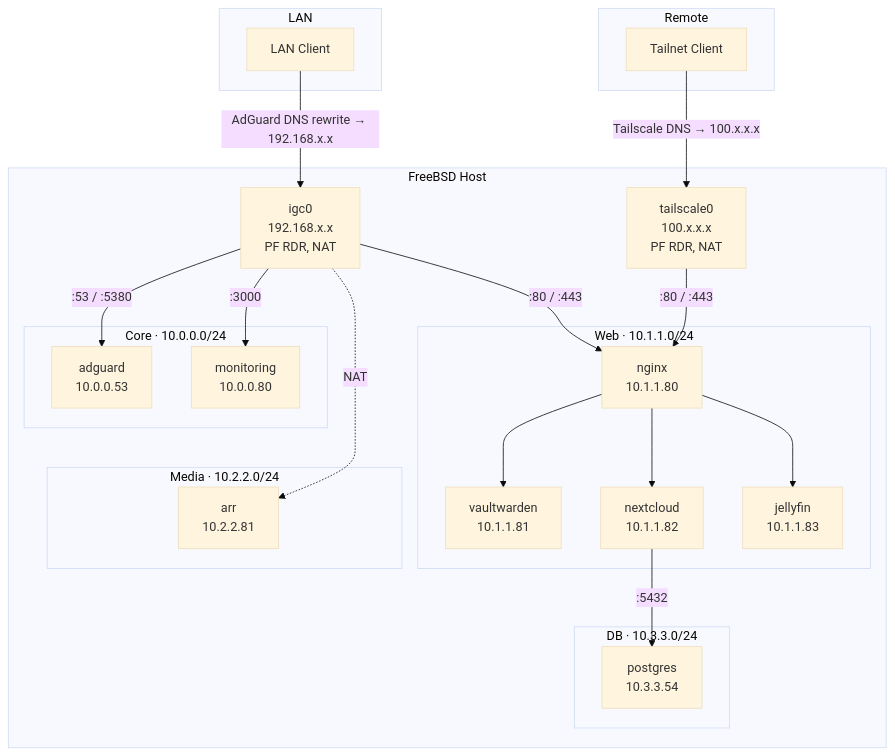
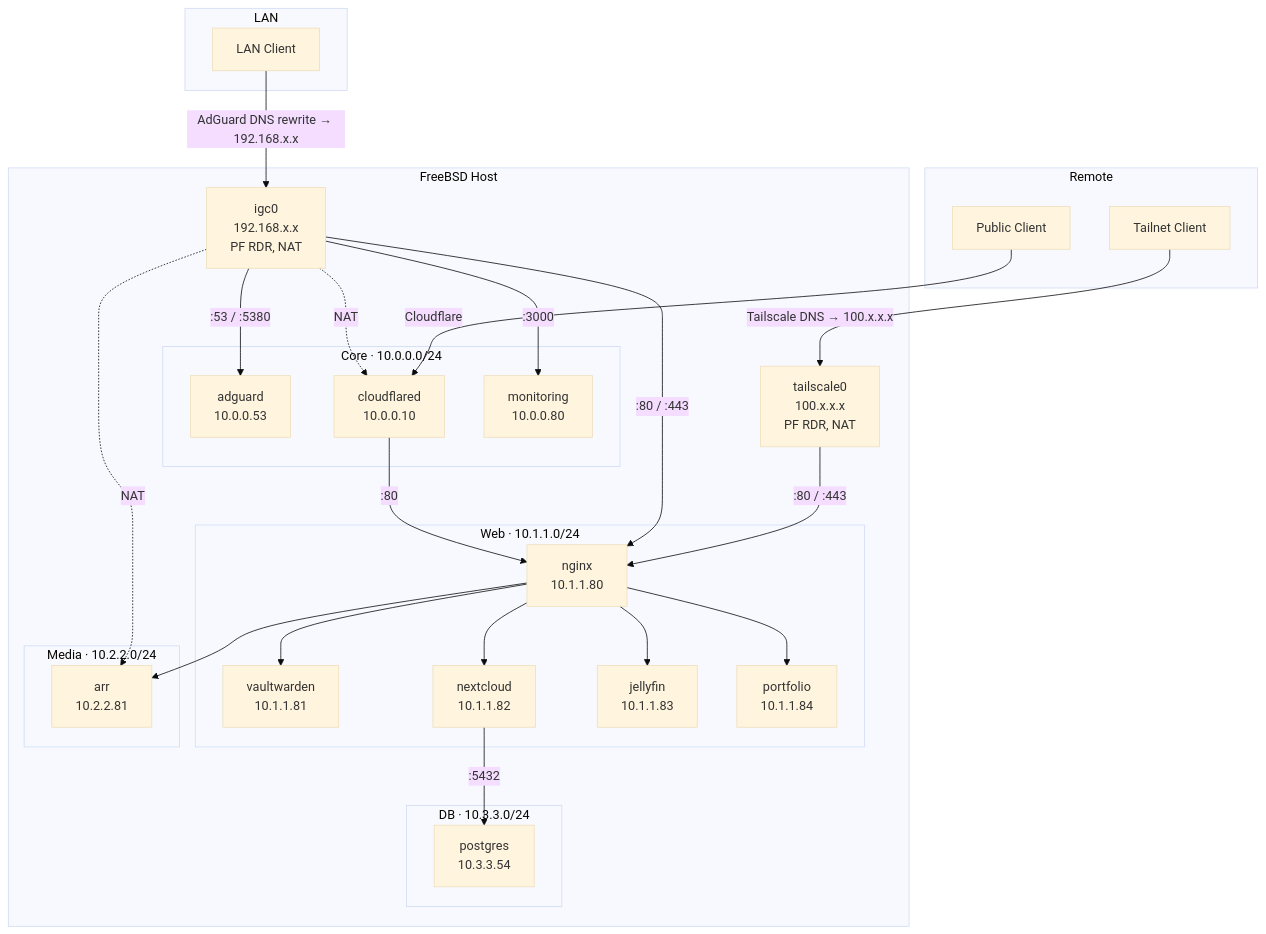
Before and after one commit to falconakhil/Home-Lab: the diagram in README.md, drawn with Mermaid (base theme). The commit also changed other lines of this file, not shown here.

Commit message:
Add cloudflared and portfolio

````diff
--- a/README.md
+++ b/README.md
@@ -19,47 +20,55 @@
 ```mermaid
 flowchart TB
     subgraph Remote
         TailClient["Tailnet Client"]
+        PublicClient["Public Client"]
     end
 
     subgraph LAN
         LanClient["LAN Client"]
     end
 
     subgraph Host["FreeBSD Host"]
         TS0["tailscale0<br/>100.x.x.x<br/>PF RDR, NAT"]
         IGC0["igc0<br/>192.168.x.x<br/>PF RDR, NAT"]
 
         subgraph Core["Core · 10.0.0.0/24"]
+            CFD["cloudflared<br/>10.0.0.10"]
             ADG["adguard<br/>10.0.0.53"]
             MON["monitoring<br/>10.0.0.80"]
         end
 
         subgraph Web["Web · 10.1.1.0/24"]
             Nginx["nginx<br/>10.1.1.80"]
             VW["vaultwarden<br/>10.1.1.81"]
             NC["nextcloud<br/>10.1.1.82"]
             JF["jellyfin<br/>10.1.1.83"]
+            PORT["portfolio<br/>10.1.1.84"]
         end
 
         subgraph Media["Media · 10.2.2.0/24"]
             ARR["arr<br/>10.2.2.81"]
         end
 
         subgraph DB["DB · 10.3.3.0/24"]
             PG["postgres<br/>10.3.3.54"]
         end
     end
 
     TailClient -->|"Tailscale DNS → 100.x.x.x"| TS0 -->|":80 / :443"| Nginx
+    PublicClient -->|"Cloudflare"| CFD
     LanClient -->|"AdGuard DNS rewrite → 192.168.x.x"| IGC0
     IGC0 -->|":53 / :5380"| ADG
     IGC0 -->|":80 / :443"| Nginx
     Nginx --> VW
     Nginx --> NC
     Nginx --> JF
+    Nginx --> PORT
+    Nginx --> ARR
     NC -->|":5432"| PG
     IGC0 -.->|"NAT"| ARR
     IGC0 -->|":3000"| MON
+    IGC0 -.->|"NAT"| CFD
+    CFD -->|":80"| Nginx
     ADG ~~~ ARR
 ```
````
